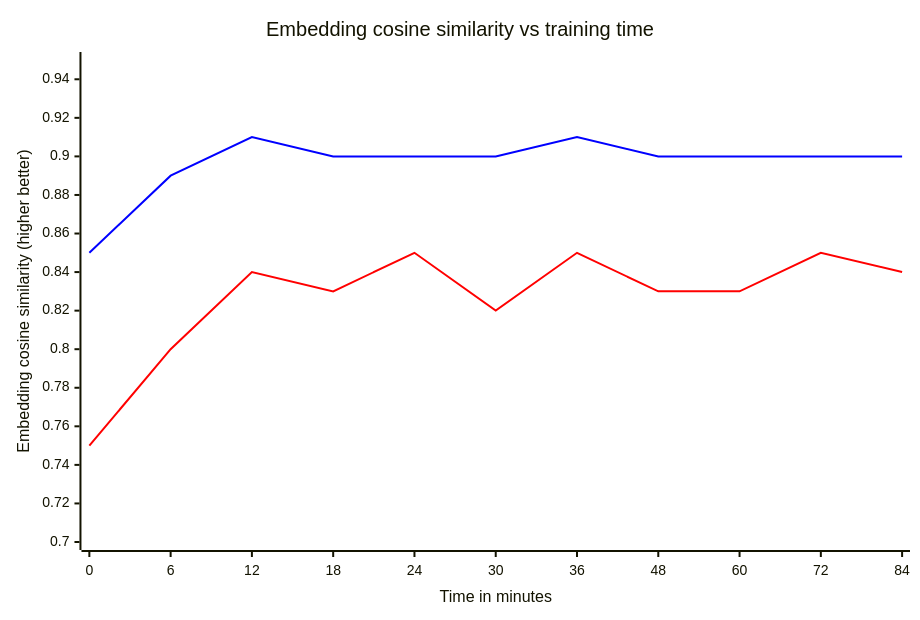
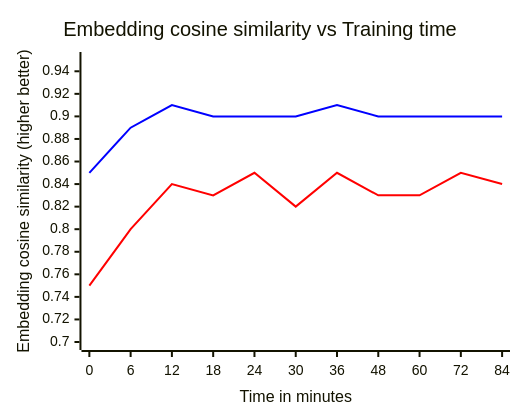
One commit to zalyoung/gitlab-handbook changed the fourth of 5 diagrams in content/handbook/engineering/architecture/design-documents/self_hosted_finetuning/_index.md. Above: the diagram before and after it, drawn with Mermaid. The commit also changed other lines of this file, not shown here.

Commit message:
Adjust graph size

````diff
--- a/content/handbook/engineering/architecture/design-documents/self_hosted_finetuning/_index.md
+++ b/content/handbook/engineering/architecture/design-documents/self_hosted_finetuning/_index.md
@@ -228,17 +228,17 @@
 ```mermaid
 ---
 config:
     xyChart:
-        width: 900
-        height: 600
+        width: 500
+        height: 400
     themeVariables:
         xyChart:
             plotColorPalette: "#ff0000, #0000ff"
 ---
 xychart-beta
-    title "Embedding cosine similarity vs training time"
+    title "Embedding cosine similarity vs Training time"
     x-axis "Time in minutes" [0, 6, 12, 18, 24, 30, 36, 48, 60, 72, 84]
     y-axis "Embedding cosine similarity (higher better)" 0.7 --> 0.95
     line [0.75, 0.80, 0.84, 0.83, 0.85, 0.82, 0.85, 0.83, 0.83, 0.85, 0.84]
     line [0.85, 0.89, 0.91, 0.90, 0.90, 0.90, 0.91, 0.90, 0.90, 0.90, 0.90]
 ```
````
